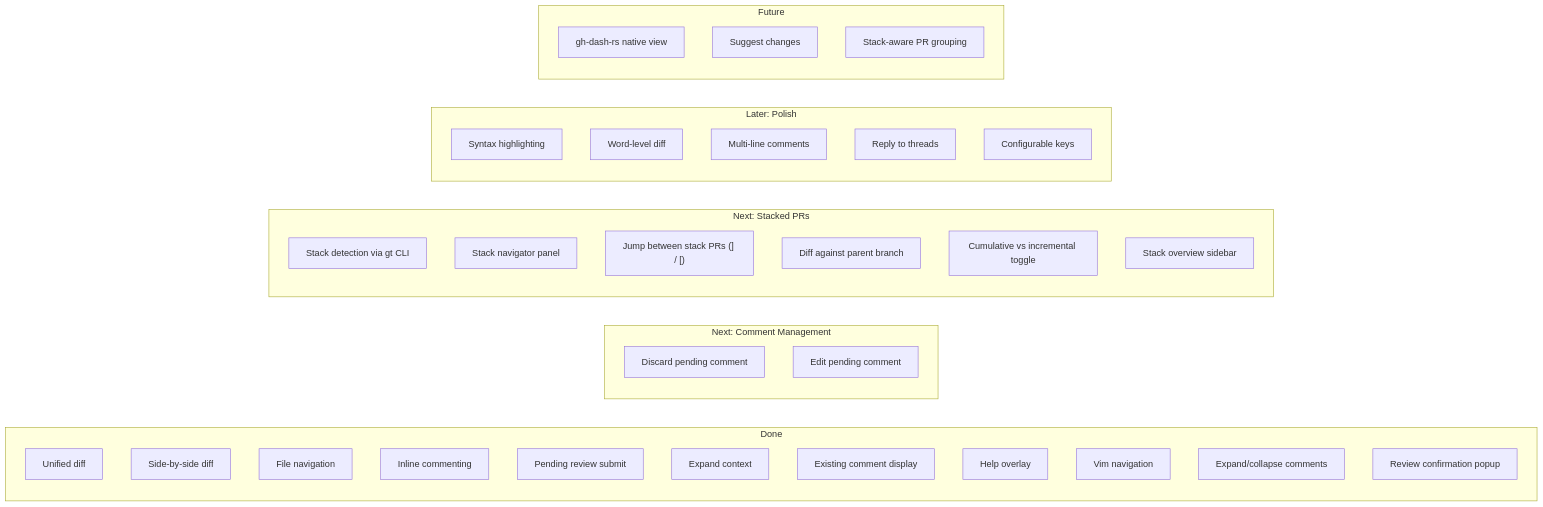
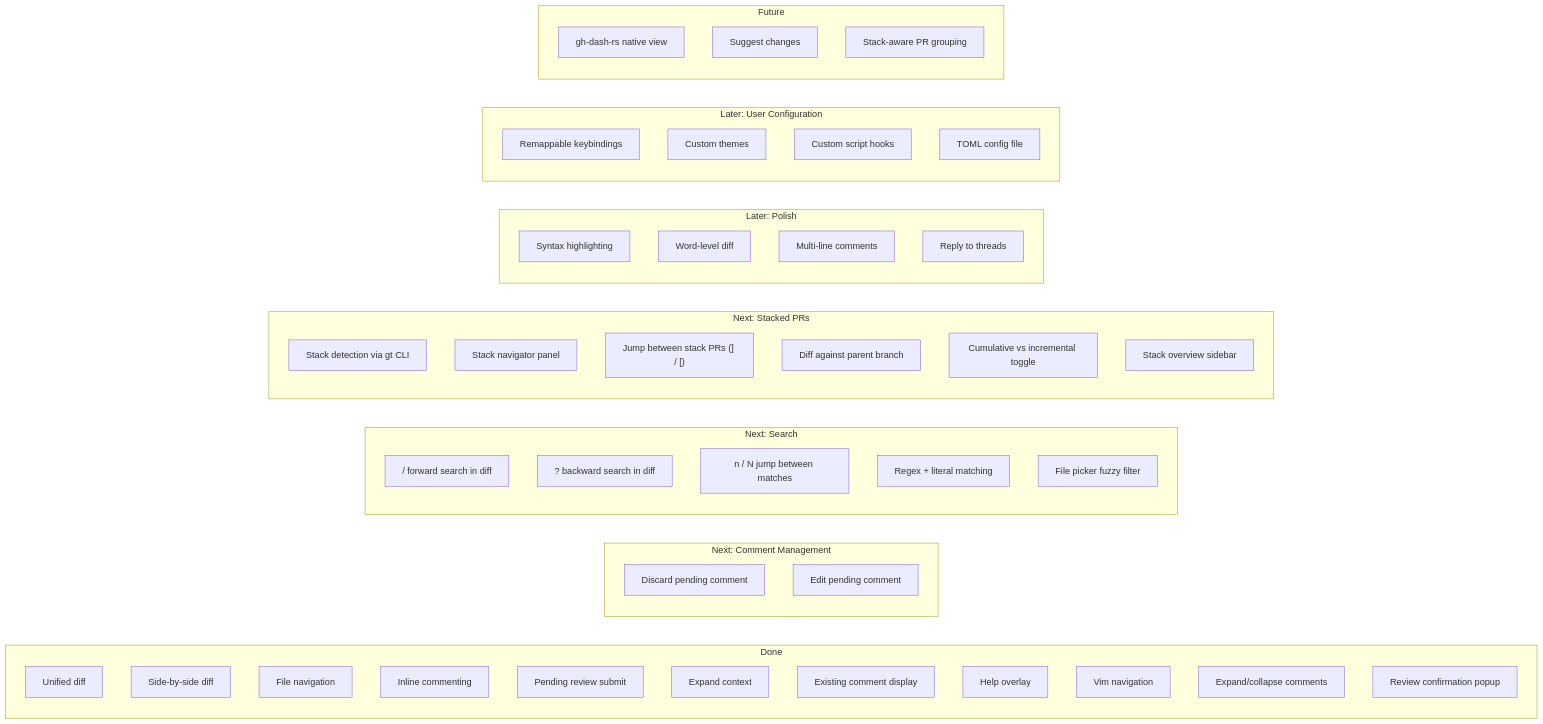
One commit to Neville-Loh/gh-review changed the tenth of 10 diagrams in docs/ROADMAP.md. Above: the diagram before and after it, drawn with Mermaid. The commit also changed other lines of this file and 1 other file, not shown here.

Commit message:
update roadmap for gh-review

````diff
--- a/docs/ROADMAP.md
+++ b/docs/ROADMAP.md
@@ -167,44 +265,58 @@
 ```mermaid
 graph LR
     subgraph done [Done]
         F1[Unified diff]
         F2[Side-by-side diff]
         F3[File navigation]
         F4[Inline commenting]
         F5[Pending review submit]
         F6[Expand context]
         F7[Existing comment display]
         F8[Help overlay]
         Fv[Vim navigation]
         Fec[Expand/collapse comments]
         Frc[Review confirmation popup]
     end
 
     subgraph next25 [Next: Comment Management]
         Fd[Discard pending comment]
         Fe[Edit pending comment]
     end
 
+    subgraph next26 [Next: Search]
+        Fs1["/ forward search in diff"]
+        Fs2["? backward search in diff"]
+        Fs3["n / N jump between matches"]
+        Fs4[Regex + literal matching]
+        Fs5[File picker fuzzy filter]
+    end
+
     subgraph next [Next: Stacked PRs]
         F9[Stack detection via gt CLI]
         F10[Stack navigator panel]
         F11["Jump between stack PRs (] / [)"]
         F12[Diff against parent branch]
         F13[Cumulative vs incremental toggle]
         F14[Stack overview sidebar]
     end
 
     subgraph later [Later: Polish]
         F15[Syntax highlighting]
         F16[Word-level diff]
         F17[Multi-line comments]
         F18[Reply to threads]
-        F19[Configurable keys]
+    end
+
+    subgraph later45 [Later: User Configuration]
+        F19[Remappable keybindings]
+        F19b[Custom themes]
+        F19c[Custom script hooks]
+        F19d[TOML config file]
     end
 
     subgraph future [Future]
         F20[gh-dash-rs native view]
         F21[Suggest changes]
         F22[Stack-aware PR grouping]
     end
 ```
````
